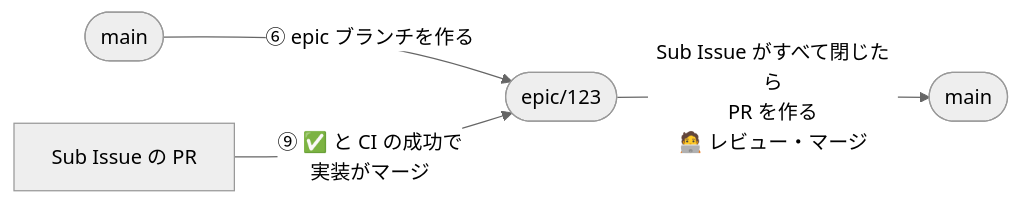
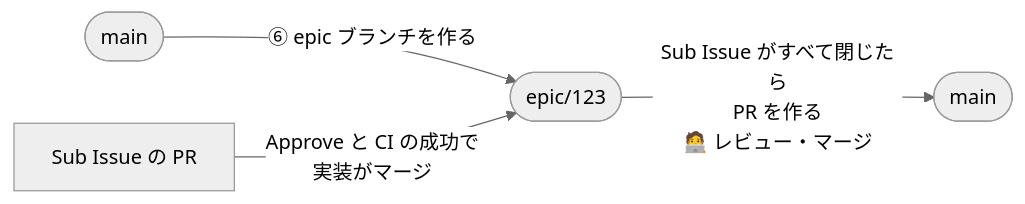
Before and after one commit to theindiehacker/fastship-plugin: the fourth of 4 diagrams in README.md, drawn with Mermaid (neutral theme). The commit also changed other lines of this file and 12 other files, not shown here.

````diff
--- a/README.md
+++ b/README.md
@@ -248,6 +257,6 @@
 ```mermaid
 flowchart LR
     main1(["main"]) -->|"⑥ epic ブランチを作る"| epic(["epic/123"])
-    sub["Sub Issue の PR"] -->|"⑨ ✅ と CI の成功で<br/>実装がマージ"| epic
+    sub["Sub Issue の PR"] -->|"Approve と CI の成功で<br/>実装がマージ"| epic
     epic -->|"Sub Issue がすべて閉じたら<br/>PR を作る<br/>🧑‍💻 レビュー・マージ"| main2(["main"])
 ```
````
